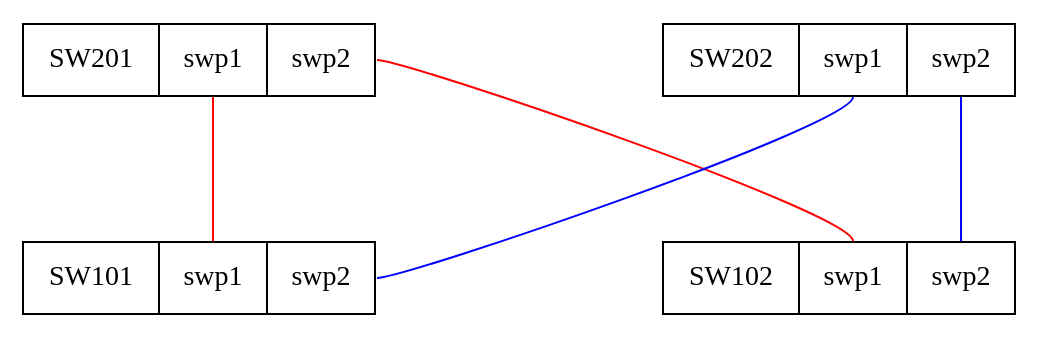
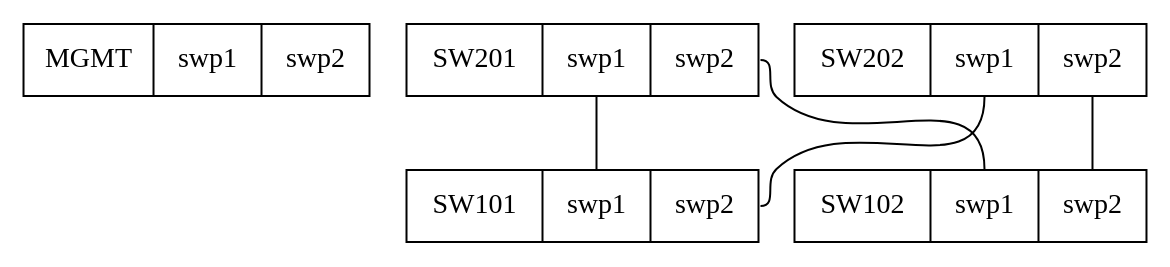
The diagram in sync/cumulus/topology.dot (htr2/netauto), drawn with Graphviz before and after one commit. The commit also changed 7 other files, not shown here.

Commit message:
create graphviz dot file from vagrant topology

```diff
--- a/sync/cumulus/topology.dot
+++ b/sync/cumulus/topology.dot
@@ -1,14 +1,11 @@
-graph g { 
-node [shape=record]; 
-graph [nodesep="2" ranksep="1"];
-
-"SW201" [label=" SW201 | <swp1> swp1 | <swp2> swp2 "];
-"SW202" [label=" SW202 | <swp1> swp1 | <swp2> swp2 "];
-"SW101" [label=" SW101 | <swp1> swp1 | <swp2> swp2 "];
-"SW102" [label=" SW102 | <swp1> swp1 | <swp2> swp2 "];
-
-"SW201":"swp1" -- "SW101":"swp1" [color="red"];
-"SW201":"swp2" -- "SW102":"swp1" [color="red"];
-"SW202":"swp1" -- "SW101":"swp2" [color="blue"]; 
-"SW202":"swp2" -- "SW102":"swp2" [color="blue"];
+graph g { node [shape=record]; 
+MGMT [label=" MGMT | <swp1> swp1 | <swp2> swp2 "];
+SW201:swp1 -- SW101:swp1
+SW201:swp2 -- SW102:swp1
+SW201 [label=" SW201 | <swp1> swp1 | <swp2> swp2 "];
+SW202:swp1 -- SW101:swp2
+SW202:swp2 -- SW102:swp2
+SW202 [label=" SW202 | <swp1> swp1 | <swp2> swp2 "];
+SW101 [label=" SW101 | <swp1> swp1 | <swp2> swp2 "];
+SW102 [label=" SW102 | <swp1> swp1 | <swp2> swp2 "];
 }
```
